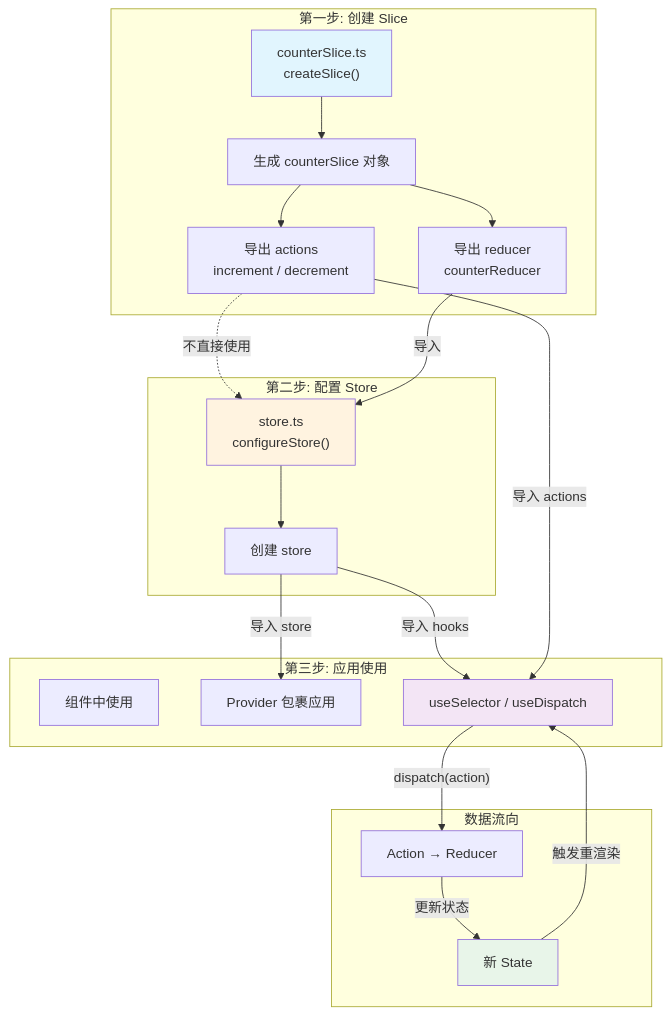
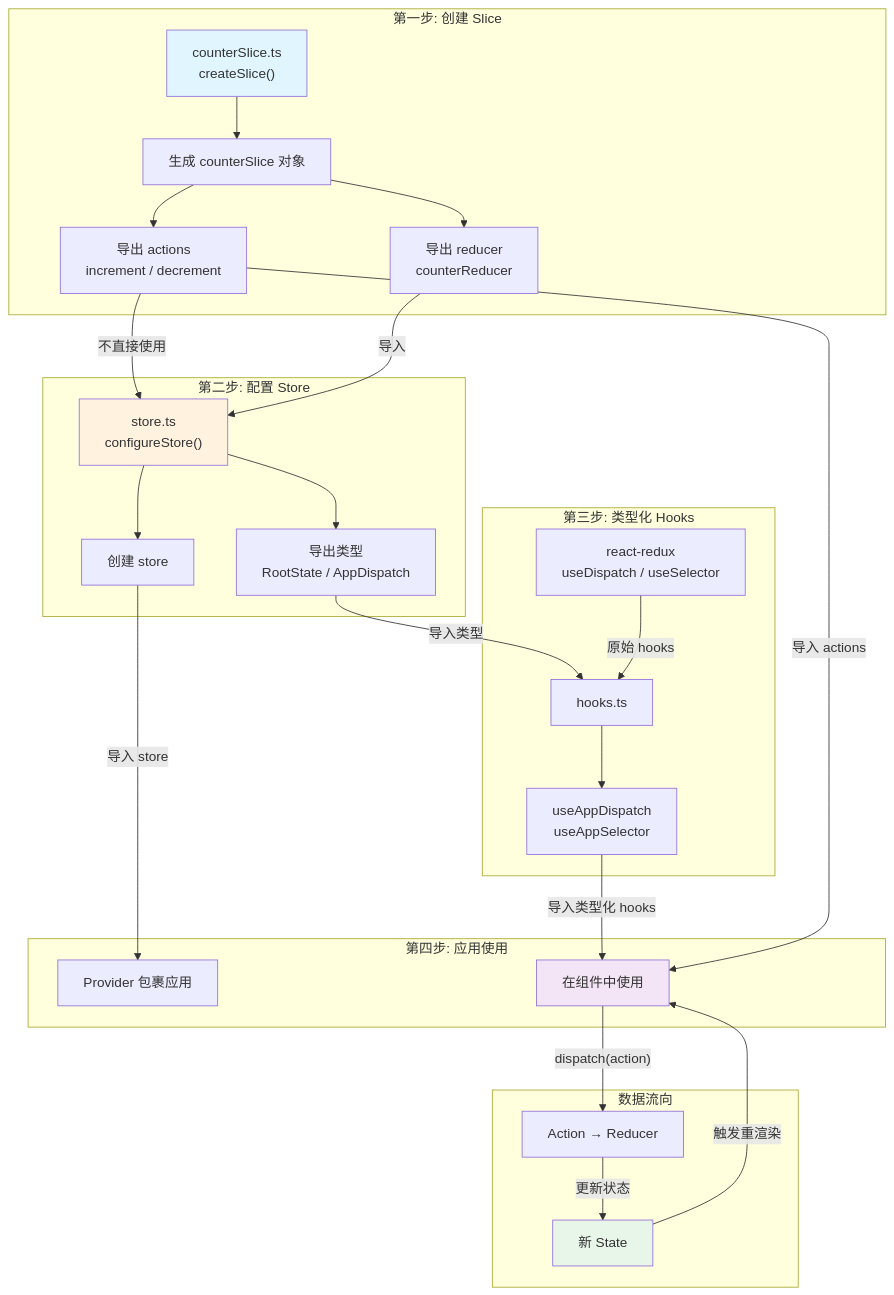
The diagram in 13.编程语言/1.前端/08.React/03.状态管理组件_Redux/入门案例/Redux Toolkit 入门案例.md (6westboy9/WESTBOY-NOTE), drawn with Mermaid before and after one commit.

Commit message:
vault backup: 2026-02-25 09:34:58

````diff
--- a/13.编程语言/1.前端/08.React/03.状态管理组件_Redux/入门案例/Redux Toolkit 入门案例.md
+++ b/13.编程语言/1.前端/08.React/03.状态管理组件_Redux/入门案例/Redux Toolkit 入门案例.md
@@ -194,34 +192,79 @@
 ```mermaid
 graph TB
-    subgraph "第一步: 创建 Slice"
-        A["counterSlice.ts<br/>createSlice()"]
-        A --> B["生成 counterSlice 对象"]
-        B --> C["导出 actions<br/>increment / decrement"]
-        B --> D["导出 reducer<br/>counterReducer"]
-    end
 
-    subgraph "第二步: 配置 Store"
-        E["store.ts<br/>configureStore()"]
-        C -.->|"不直接使用"| E
-        D -->|"导入"| E
-        E --> F["创建 store"]
-    end
+subgraph "第一步: 创建 Slice"
 
-    subgraph "第三步: 应用使用"
-        G["组件中使用"]
-        F -->|"导入 store"| H["Provider 包裹应用"]
-        F -->|"导入 hooks"| I["useSelector / useDispatch"]
-        C -->|"导入 actions"| I
-    end
+A["counterSlice.ts<br/>createSlice()"]
 
-    subgraph "数据流向"
-        I -->|"dispatch(action)"| J["Action → Reducer"]
-        J -->|"更新状态"| K["新 State"]
-        K -->|"触发重渲染"| I
-    end
+A --> B["生成 counterSlice 对象"]
 
-    style A fill:#e1f5fe
-    style E fill:#fff3e0
-    style I fill:#f3e5f5
-    style K fill:#e8f5e9
+B --> C["导出 actions<br/>increment / decrement"]
+
+B --> D["导出 reducer<br/>counterReducer"]
+
+end
+
+  
+
+subgraph "第二步: 配置 Store"
+
+E["store.ts<br/>configureStore()"]
+
+C -->|"不直接使用"| E
+
+D -->|"导入"| E
+
+E --> F["创建 store"]
+
+E --> M["导出类型<br/>RootState / AppDispatch"]
+
+end
+
+  
+
+subgraph "第三步: 类型化 Hooks"
+
+N["hooks.ts"]
+
+M -->|"导入类型"| N
+
+O["react-redux<br/>useDispatch / useSelector"] -->|"原始 hooks"| N
+
+N --> P["useAppDispatch<br/>useAppSelector"]
+
+end
+
+  
+
+subgraph "第四步: 应用使用"
+
+F -->|"导入 store"| H["Provider 包裹应用"]
+
+P -->|"导入类型化 hooks"| I["在组件中使用"]
+
+C -->|"导入 actions"| I
+
+end
+
+  
+
+subgraph "数据流向"
+
+I -->|"dispatch(action)"| J["Action → Reducer"]
+
+J -->|"更新状态"| K["新 State"]
+
+K -->|"触发重渲染"| I
+
+end
+
+  
+
+style A fill:#e1f5fe
+
+style E fill:#fff3e0
+
+style I fill:#f3e5f5
+
+style K fill:#e8f5e9
 ```
````
